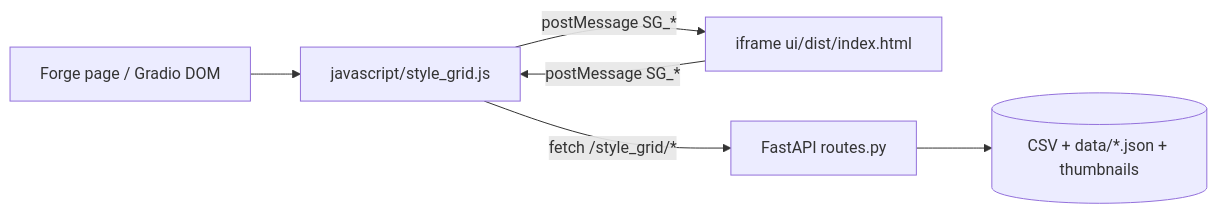
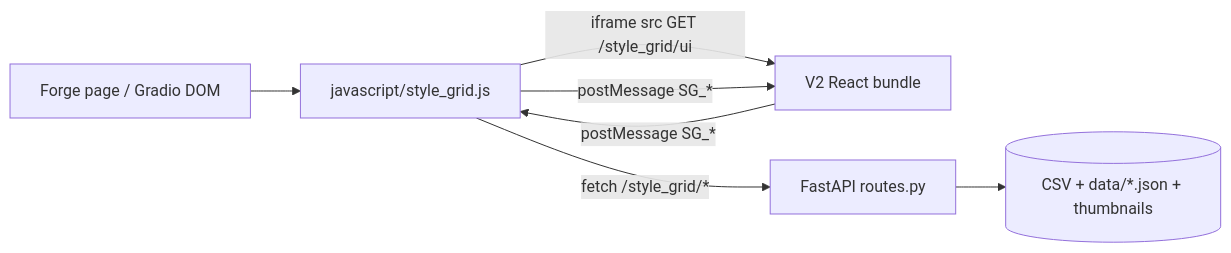
One commit to nikhilash6/sd-webui-style-organizer changed the first of 2 diagrams in docs/DEVELOPMENT.md. Above: the diagram before and after it, drawn with Mermaid. The commit also changed other lines of this file and 17 other files, not shown here.

````diff
--- a/docs/DEVELOPMENT.md
+++ b/docs/DEVELOPMENT.md
@@ -11,8 +11,9 @@
 ```mermaid
 flowchart LR
   A[Forge page / Gradio DOM] --> B[javascript/style_grid.js]
-  B -->|postMessage SG_*| C[iframe ui/dist/index.html]
+  B -->|iframe src GET /style_grid/ui| C[V2 React bundle]
+  B -->|postMessage SG_*| C
   C -->|postMessage SG_*| B
   B -->|fetch /style_grid/*| D[FastAPI routes.py]
   D --> E[(CSV + data/*.json + thumbnails)]
 ```
````
